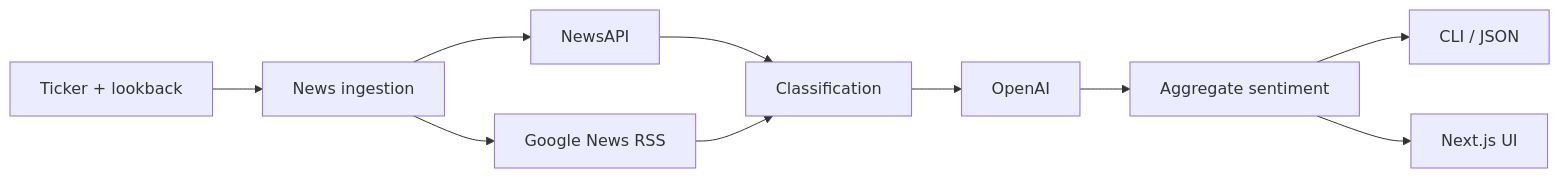
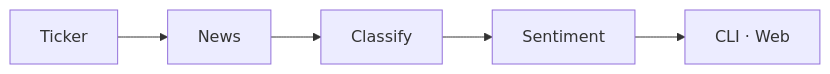
One commit to pdj555/stock-sentiment-analysis changed the diagram in README.md. Above: the diagram before and after it, drawn with Mermaid. The commit also changed other lines of this file, not shown here.

````diff
--- a/README.md
+++ b/README.md
@@ -7,12 +5,7 @@
 ```mermaid
 flowchart LR
-  T[Ticker + lookback] --> N[News ingestion]
-  N --> A[NewsAPI]
-  N --> G[Google News RSS]
-  A --> C[Classification]
-  G --> C
-  C --> L[OpenAI]
-  L --> S[Aggregate sentiment]
-  S --> CLI[CLI / JSON]
-  S --> WEB[Next.js UI]
+  T[Ticker] --> N[News]
+  N --> C[Classify]
+  C --> S[Sentiment]
+  S --> O[CLI · Web]
 ```
````
